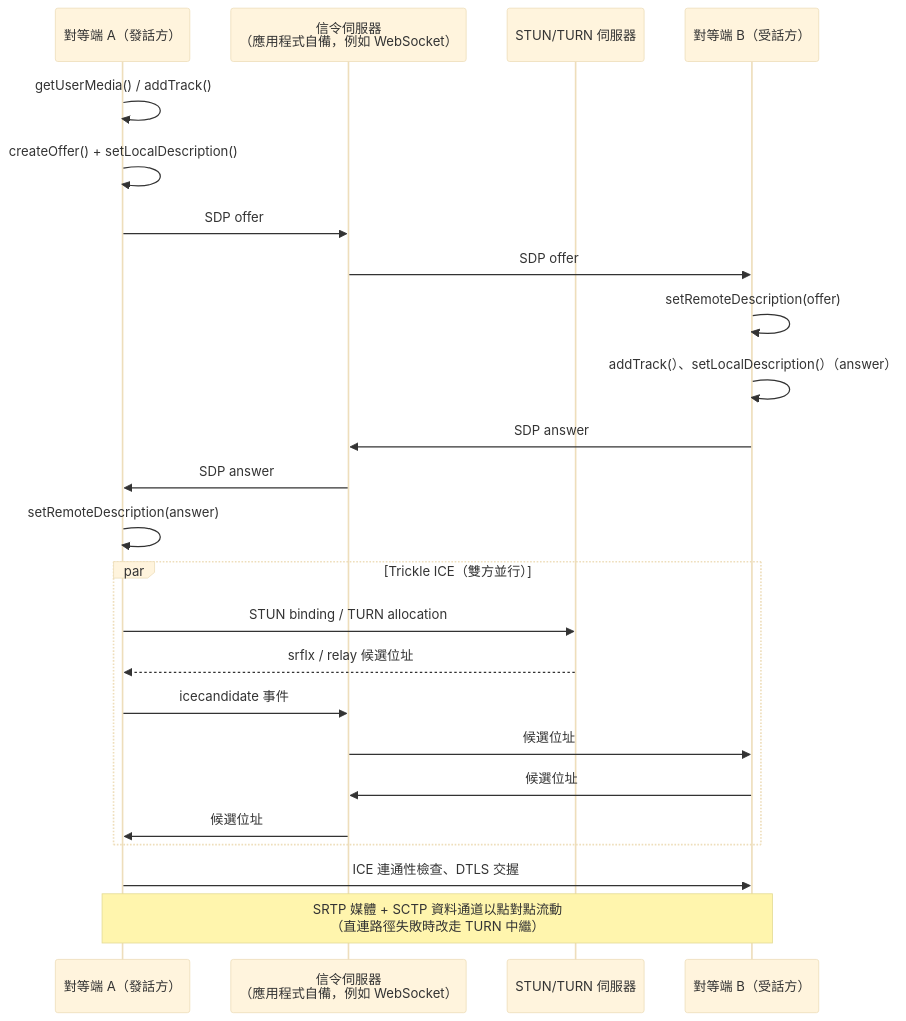
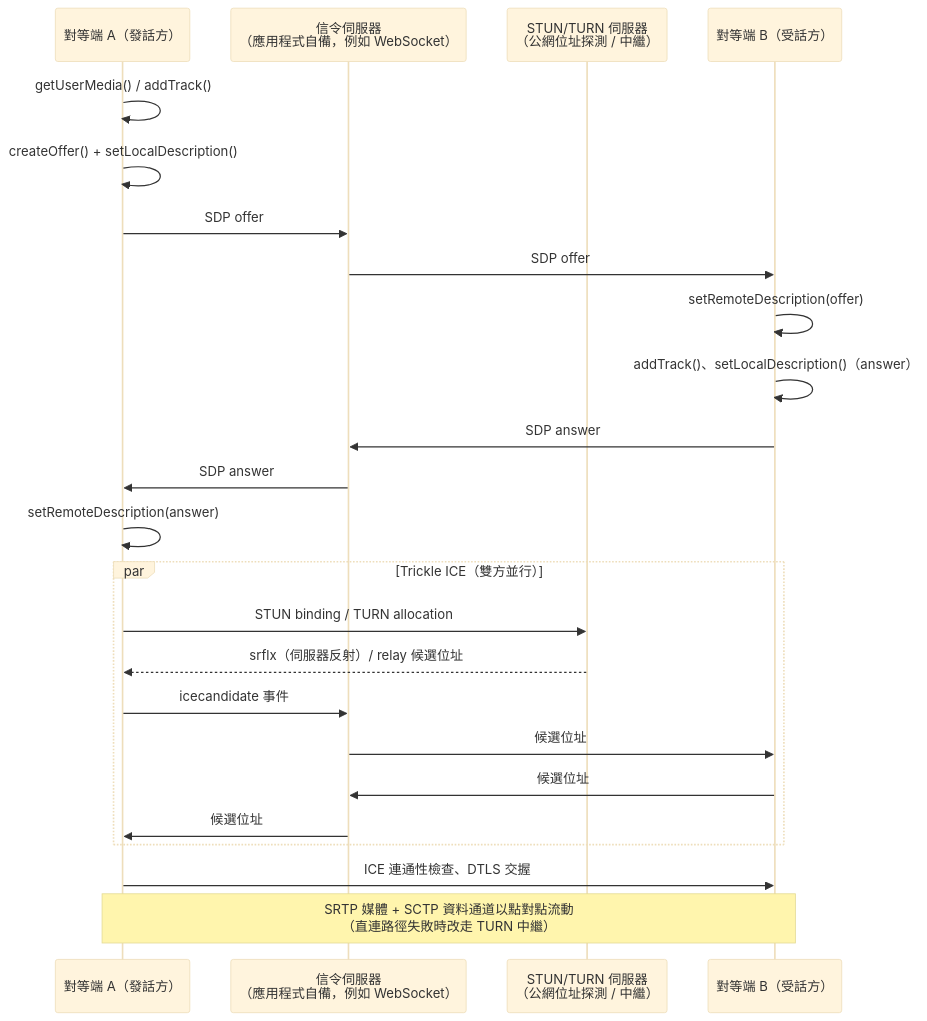
Before and after one commit to alivedise/frontend-engineering-essentials: the diagram in docs/zh-tw/Browser APIs and Web Platform/webrtc.md, drawn with Mermaid (base theme). The commit also changed other lines of this file and 1 other file, not shown here.

````diff
--- a/docs/zh-tw/Browser APIs and Web Platform/webrtc.md
+++ b/docs/zh-tw/Browser APIs and Web Platform/webrtc.md
@@ -20,27 +20,27 @@
 ```mermaid
 sequenceDiagram
     participant A as 對等端 A（發話方）
     participant S as 信令伺服器<br/>（應用程式自備，例如 WebSocket）
-    participant T as STUN/TURN 伺服器
+    participant T as STUN/TURN 伺服器<br/>（公網位址探測 / 中繼）
     participant B as 對等端 B（受話方）
 
     A->>A: getUserMedia() / addTrack()
     A->>A: createOffer() + setLocalDescription()
     A->>S: SDP offer
     S->>B: SDP offer
     B->>B: setRemoteDescription(offer)
-    B->>B: addTrack(）、setLocalDescription(）（answer）
+    B->>B: addTrack()、setLocalDescription()（answer）
     B->>S: SDP answer
     S->>A: SDP answer
     A->>A: setRemoteDescription(answer)
     par Trickle ICE（雙方並行）
         A->>T: STUN binding / TURN allocation
-        T-->>A: srflx / relay 候選位址
+        T-->>A: srflx（伺服器反射）/ relay 候選位址
         A->>S: icecandidate 事件
         S->>B: 候選位址
         B->>S: 候選位址
         S->>A: 候選位址
     end
     A->>B: ICE 連通性檢查、DTLS 交握
     Note over A,B: SRTP 媒體 + SCTP 資料通道以點對點流動<br/>（直連路徑失敗時改走 TURN 中繼）
 ```
````
